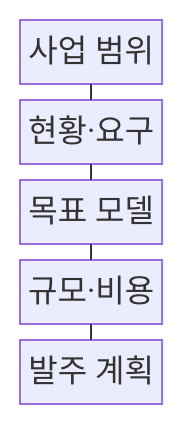
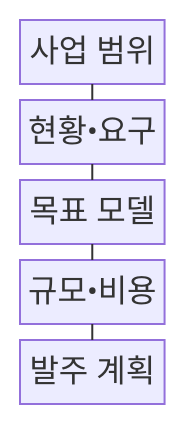
Before and after one commit to agnusdei1207/knowledge-base: the first of 2 diagrams in src/content/docs/notes/03-software/187_ismp.md, drawn with Mermaid. The commit also changed other lines of this file and 953 other files, not shown here.

````diff
--- a/src/content/docs/notes/03-software/187_ismp.md
+++ b/src/content/docs/notes/03-software/187_ismp.md
@@ -66,13 +66,13 @@
 ```mermaid
 block
     columns 1
     A["사업 범위"]
-    B["현황·요구"]
+    B["현황•요구"]
     C["목표 모델"]
-    D["규모·비용"]
+    D["규모•비용"]
     E["발주 계획"]
     A --- B
     B --- C
     C --- D
     D --- E
 ```
````
